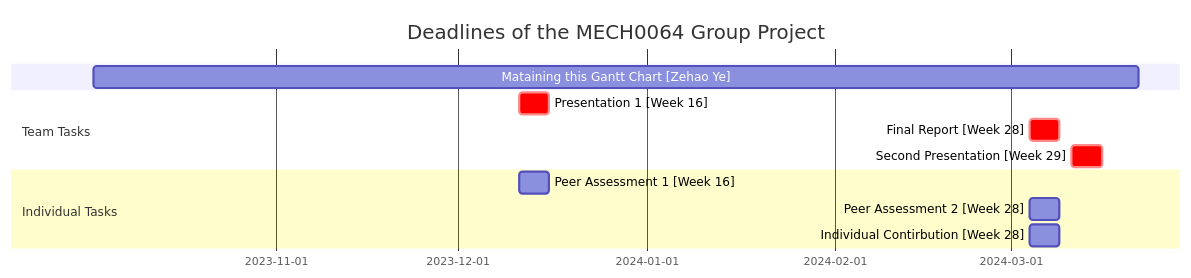
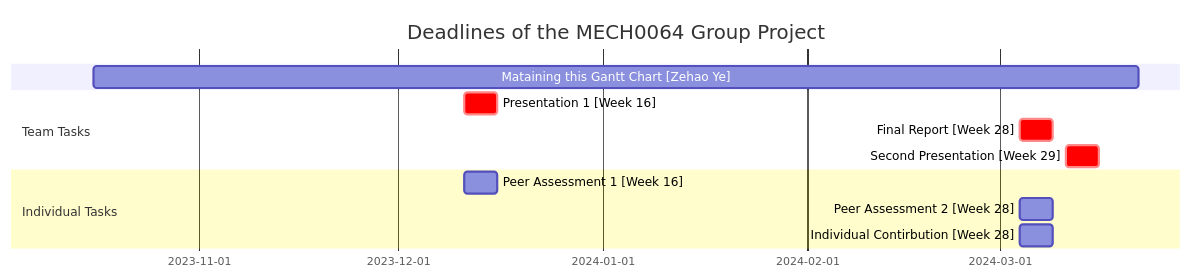
One commit to yezehao/Compact-Continuum-Manipulator-Platform changed the diagram in README.md. Above: the diagram before and after it, drawn with Mermaid.

Commit message:
update the README file

````diff
--- a/README.md
+++ b/README.md
@@ -15,17 +15,17 @@
 ```mermaid
 gantt
     dateFormat  YYYY-MM-DD
     title Deadlines of the MECH0064 Group Project
 
-    Mataining this Gantt Chart [Zehao Ye] : 2023-10-02, 2024-03-22
+    Mataining this Gantt Chart [Zehao Ye] : 2023-10-16, 2024-03-22
 
     section Team Tasks
     Presentation 1 [Week 16]: crit, 2023-12-11, 5d    
     Final Report [Week 28]: crit, 2024-03-04, 5d
     Second Presentation [Week 29]: crit, 2024-03-11, 5d 
 
     section Individual Tasks
     Peer Assessment 1 [Week 16]: 2023-12-11, 5d
     Peer Assessment 2 [Week 28]: 2024-03-04, 5d
     Individual Contirbution [Week 28]: 2024-03-04, 5d
 ```
````
